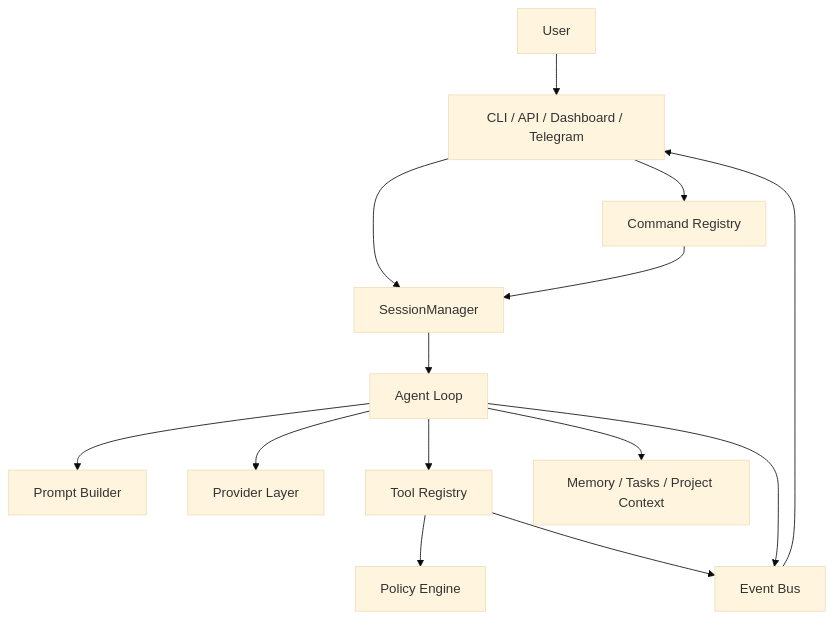
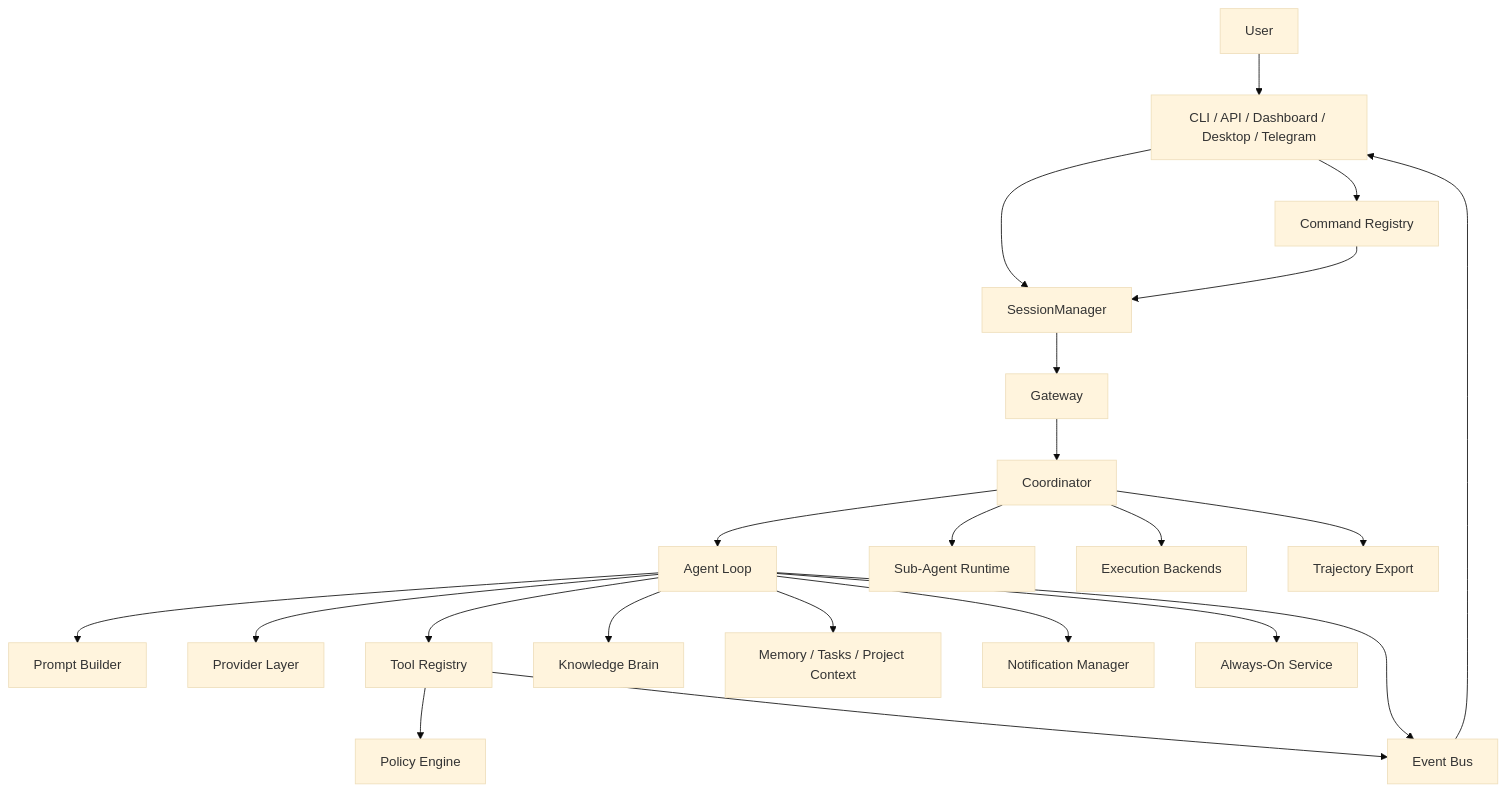
One commit to JonusNattapong/lulu changed the diagram in docs/ARCHITECTURE.md. Above: the diagram before and after it, drawn with Mermaid (base theme). The commit also changed other lines of this file and 11 other files, not shown here.

````diff
--- a/docs/ARCHITECTURE.md
+++ b/docs/ARCHITECTURE.md
@@ -9,16 +9,24 @@
 ```mermaid
 graph TD
-    User[User] --> Channel[CLI / API / Dashboard / Telegram]
+    User[User] --> Channel[CLI / API / Dashboard / Desktop / Telegram]
     Channel --> Commands[Command Registry]
     Channel --> Sessions[SessionManager]
     Commands --> Sessions
-    Sessions --> Agent[Agent Loop]
+    Sessions --> Gateway[Gateway]
+    Gateway --> Coordinator[Coordinator]
+    Coordinator --> Agent[Agent Loop]
     Agent --> Prompt[Prompt Builder]
     Agent --> Provider[Provider Layer]
     Agent --> Tools[Tool Registry]
     Tools --> Policy[Policy Engine]
     Tools --> Events[Event Bus]
     Agent --> Events
     Events --> Channel
+    Agent --> Brain[Knowledge Brain]
     Agent --> Memory[Memory / Tasks / Project Context]
+    Coordinator --> SubAgents[Sub-Agent Runtime]
+    Coordinator --> Execution[Execution Backends]
+    Coordinator --> Trajectory[Trajectory Export]
+    Agent --> Notifications[Notification Manager]
+    Agent --> AlwaysOn[Always-On Service]
 ```
````
